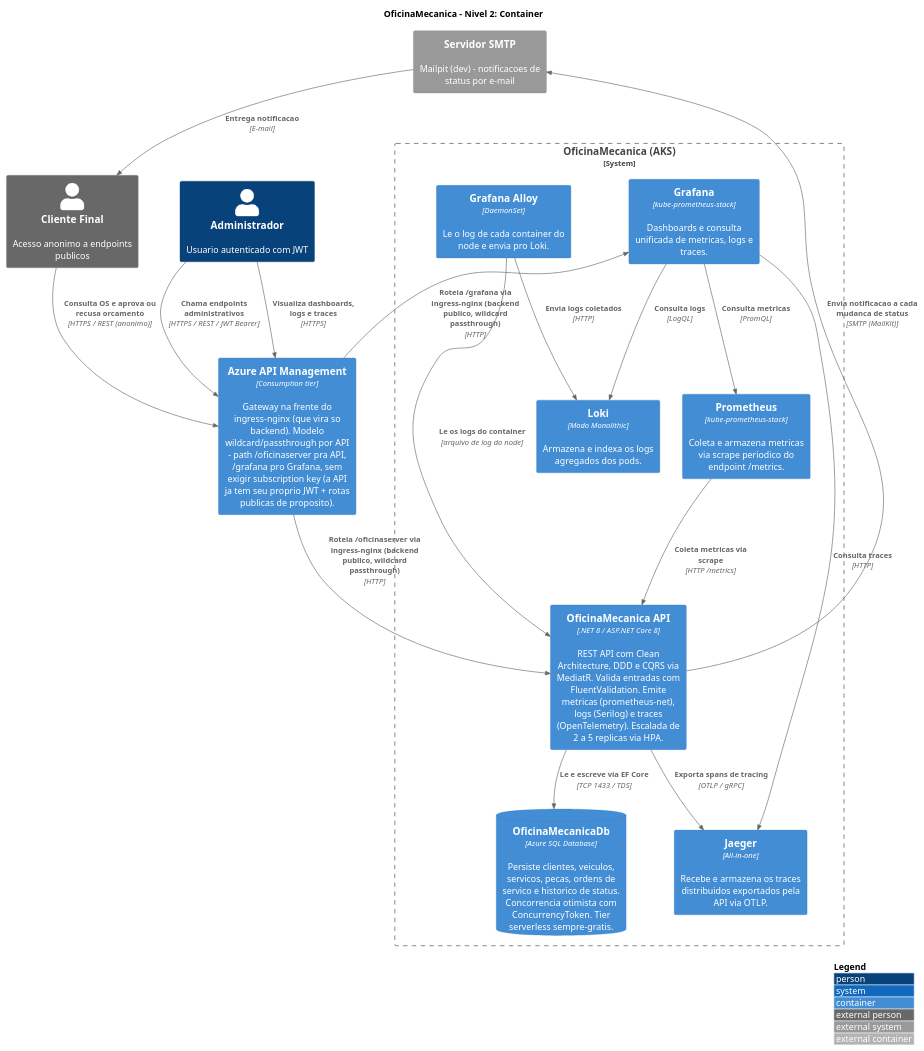
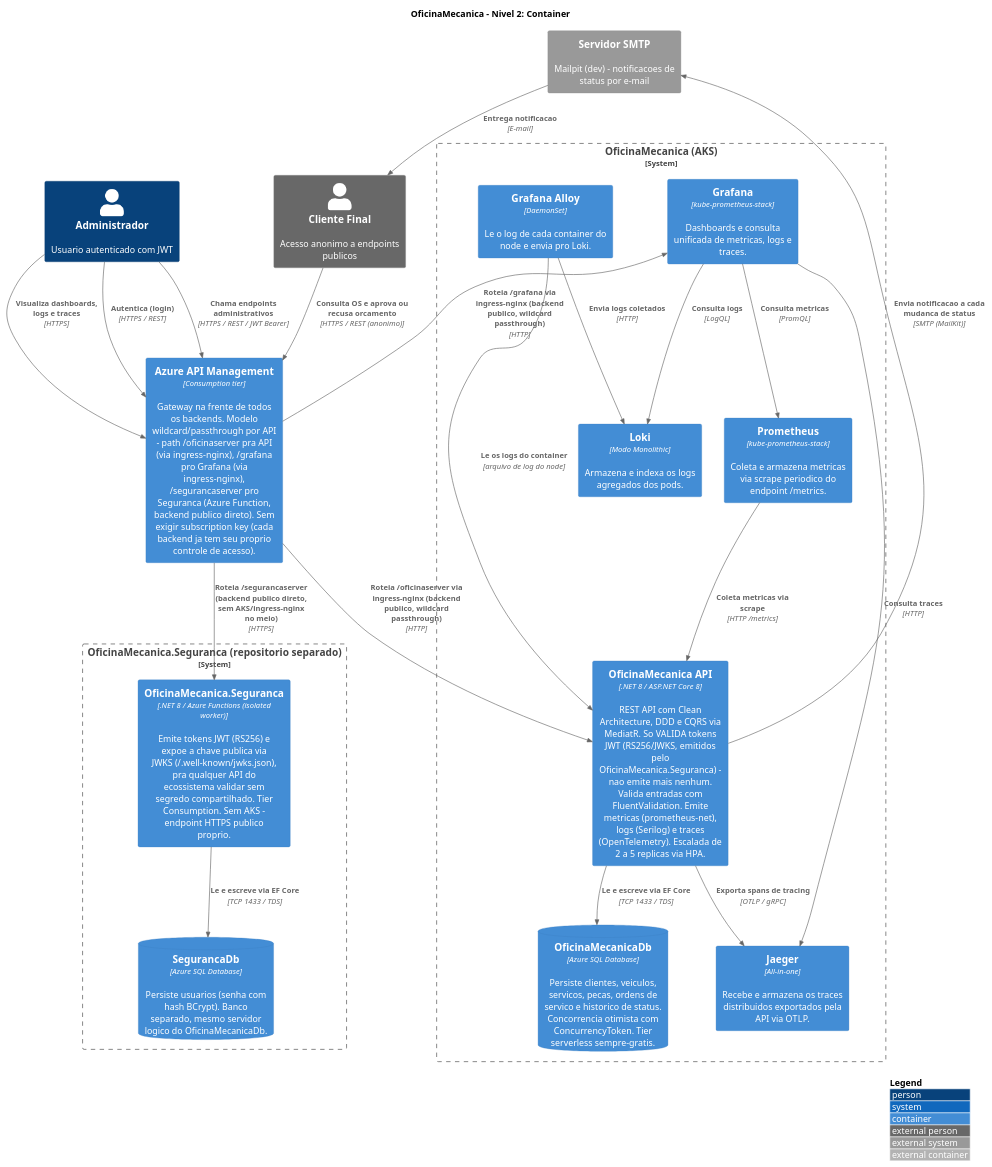
The diagram in docs/c4-nivel2-container.puml (willianrmattos/OficinaMecanica), drawn with PlantUML before and after one commit. The commit also changed 30 other files, not shown here.

First line of the commit message:
feat: remove emissao de JWT do monolito, valida so RS256/JWKS do OficinaMecanica.Seguranca

```diff
--- a/docs/c4-nivel2-container.puml
+++ b/docs/c4-nivel2-container.puml
@@ -1,43 +1,51 @@
 @startuml c4-nivel2-container
 !include <C4/C4_Container>
 
 LAYOUT_TOP_DOWN()
 LAYOUT_WITH_LEGEND()
 
 title OficinaMecanica - Nivel 2: Container
 
 Person(admin, "Administrador", "Usuario autenticado com JWT")
 Person_Ext(cliente, "Cliente Final", "Acesso anonimo a endpoints publicos")
 System_Ext(smtp, "Servidor SMTP", "Mailpit (dev) - notificacoes de status por e-mail")
 
-Container(apim, "Azure API Management", "Consumption tier", "Gateway na frente do ingress-nginx (que vira so backend). Modelo wildcard/passthrough por API - path /oficinaserver pra API, /grafana pro Grafana, sem exigir subscription key (a API ja tem seu proprio JWT + rotas publicas de proposito).")
+Container(apim, "Azure API Management", "Consumption tier", "Gateway na frente de todos os backends. Modelo wildcard/passthrough por API - path /oficinaserver pra API (via ingress-nginx), /grafana pro Grafana (via ingress-nginx), /segurancaserver pro Seguranca (Azure Function, backend publico direto). Sem exigir subscription key (cada backend ja tem seu proprio controle de acesso).")
 
 System_Boundary(oficina, "OficinaMecanica (AKS)") {
-    Container(api, "OficinaMecanica API", ".NET 8 / ASP.NET Core 8", "REST API com Clean Architecture, DDD e CQRS via MediatR. Valida entradas com FluentValidation. Emite metricas (prometheus-net), logs (Serilog) e traces (OpenTelemetry). Escalada de 2 a 5 replicas via HPA.")
+    Container(api, "OficinaMecanica API", ".NET 8 / ASP.NET Core 8", "REST API com Clean Architecture, DDD e CQRS via MediatR. So VALIDA tokens JWT (RS256/JWKS, emitidos pelo OficinaMecanica.Seguranca) - nao emite mais nenhum. Valida entradas com FluentValidation. Emite metricas (prometheus-net), logs (Serilog) e traces (OpenTelemetry). Escalada de 2 a 5 replicas via HPA.")
     ContainerDb(db, "OficinaMecanicaDb", "Azure SQL Database", "Persiste clientes, veiculos, servicos, pecas, ordens de servico e historico de status. Concorrencia otimista com ConcurrencyToken. Tier serverless sempre-gratis.")
 
     Container(prometheus, "Prometheus", "kube-prometheus-stack", "Coleta e armazena metricas via scrape periodico do endpoint /metrics.")
     Container(grafana, "Grafana", "kube-prometheus-stack", "Dashboards e consulta unificada de metricas, logs e traces.")
     Container(loki, "Loki", "Modo Monolithic", "Armazena e indexa os logs agregados dos pods.")
     Container(alloy, "Grafana Alloy", "DaemonSet", "Le o log de cada container do node e envia pro Loki.")
     Container(jaeger, "Jaeger", "All-in-one", "Recebe e armazena os traces distribuidos exportados pela API via OTLP.")
 }
 
+System_Boundary(seguranca_sys, "OficinaMecanica.Seguranca (repositorio separado)") {
+    Container(seguranca, "OficinaMecanica.Seguranca", ".NET 8 / Azure Functions (isolated worker)", "Emite tokens JWT (RS256) e expoe a chave publica via JWKS (/.well-known/jwks.json), pra qualquer API do ecossistema validar sem segredo compartilhado. Tier Consumption. Sem AKS - endpoint HTTPS publico proprio.")
+    ContainerDb(segurancaDb, "SegurancaDb", "Azure SQL Database", "Persiste usuarios (senha com hash BCrypt). Banco separado, mesmo servidor logico do OficinaMecanicaDb.")
+}
+
+Rel(admin, apim, "Autentica (login)", "HTTPS / REST")
 Rel(admin, apim, "Chama endpoints administrativos", "HTTPS / REST / JWT Bearer")
 Rel(admin, apim, "Visualiza dashboards, logs e traces", "HTTPS")
 Rel(cliente, apim, "Consulta OS e aprova ou recusa orcamento", "HTTPS / REST (anonimo)")
 Rel(apim, api, "Roteia /oficinaserver via ingress-nginx (backend publico, wildcard passthrough)", "HTTP")
 Rel(apim, grafana, "Roteia /grafana via ingress-nginx (backend publico, wildcard passthrough)", "HTTP")
+Rel(apim, seguranca, "Roteia /segurancaserver (backend publico direto, sem AKS/ingress-nginx no meio)", "HTTPS")
 Rel(api, db, "Le e escreve via EF Core", "TCP 1433 / TDS")
+Rel(seguranca, segurancaDb, "Le e escreve via EF Core", "TCP 1433 / TDS")
 Rel(api, smtp, "Envia notificacao a cada mudanca de status", "SMTP (MailKit)")
 Rel(smtp, cliente, "Entrega notificacao", "E-mail")
 
 Rel(prometheus, api, "Coleta metricas via scrape", "HTTP /metrics")
 Rel(alloy, api, "Le os logs do container", "arquivo de log do node")
 Rel(alloy, loki, "Envia logs coletados", "HTTP")
 Rel(api, jaeger, "Exporta spans de tracing", "OTLP / gRPC")
 Rel(grafana, prometheus, "Consulta metricas", "PromQL")
 Rel(grafana, loki, "Consulta logs", "LogQL")
 Rel(grafana, jaeger, "Consulta traces", "HTTP")
 
 @enduml
```
